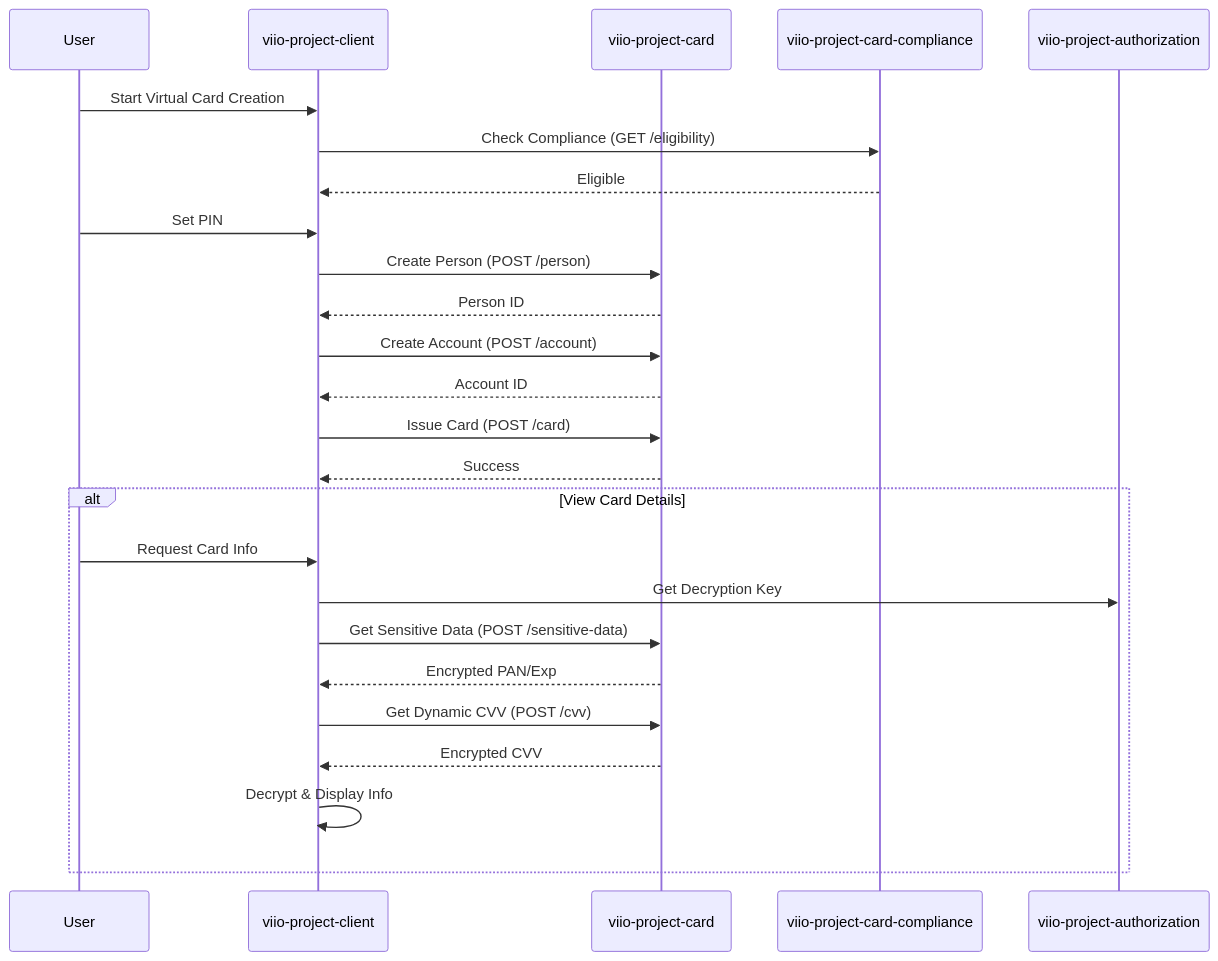
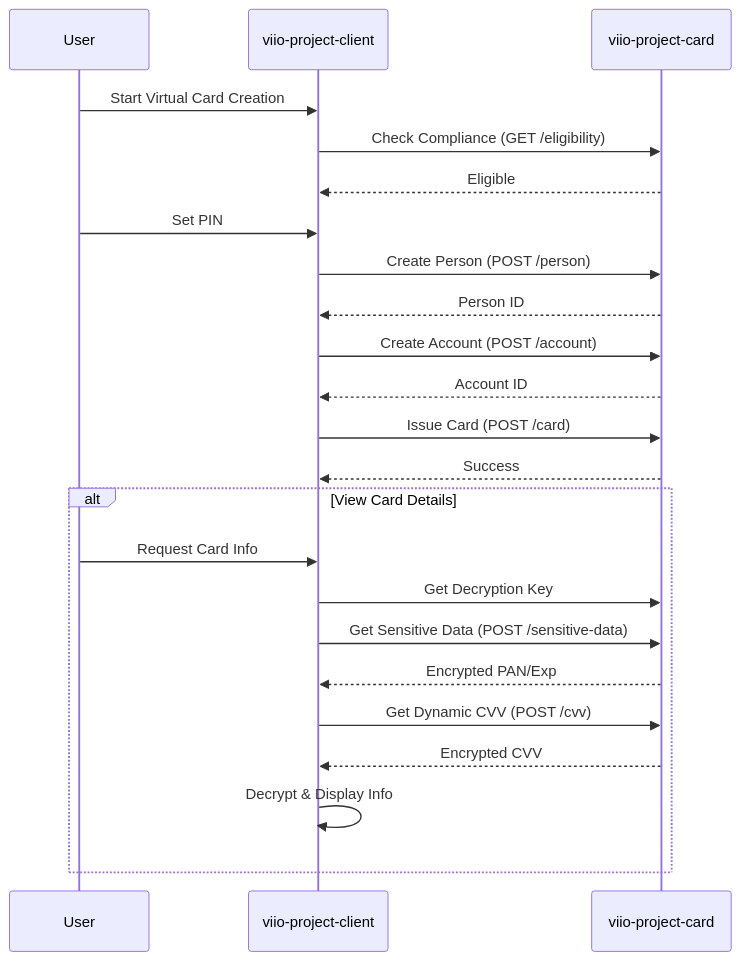
The diagram in virtual_card_creation/README.md (ITRMachines/viio_poc), drawn with Mermaid before and after one commit. The commit also changed other lines of this file and 11 other files, not shown here.

````diff
--- a/virtual_card_creation/README.md
+++ b/virtual_card_creation/README.md
@@ -23,30 +23,29 @@
 ```mermaid
 sequenceDiagram
     participant User
     participant Client as viio-project-client
     participant CardSvc as viio-project-card
-    participant CompSvc as viio-project-card-compliance
-    participant AuthSvc as viio-project-authorization
+
 
     User->>Client: Start Virtual Card Creation
-    Client->>CompSvc: Check Compliance (GET /eligibility)
-    CompSvc-->>Client: Eligible
+    Client->>CardSvc: Check Compliance (GET /eligibility)
+    CardSvc-->>Client: Eligible
 
     User->>Client: Set PIN
     Client->>CardSvc: Create Person (POST /person)
     CardSvc-->>Client: Person ID
     Client->>CardSvc: Create Account (POST /account)
     CardSvc-->>Client: Account ID
     Client->>CardSvc: Issue Card (POST /card)
     CardSvc-->>Client: Success
 
     alt View Card Details
         User->>Client: Request Card Info
-        Client->>AuthSvc: Get Decryption Key
+        Client->>CardSvc: Get Decryption Key
         Client->>CardSvc: Get Sensitive Data (POST /sensitive-data)
         CardSvc-->>Client: Encrypted PAN/Exp
         Client->>CardSvc: Get Dynamic CVV (POST /cvv)
         CardSvc-->>Client: Encrypted CVV
         Client->>Client: Decrypt & Display Info
     end
 ```
````
